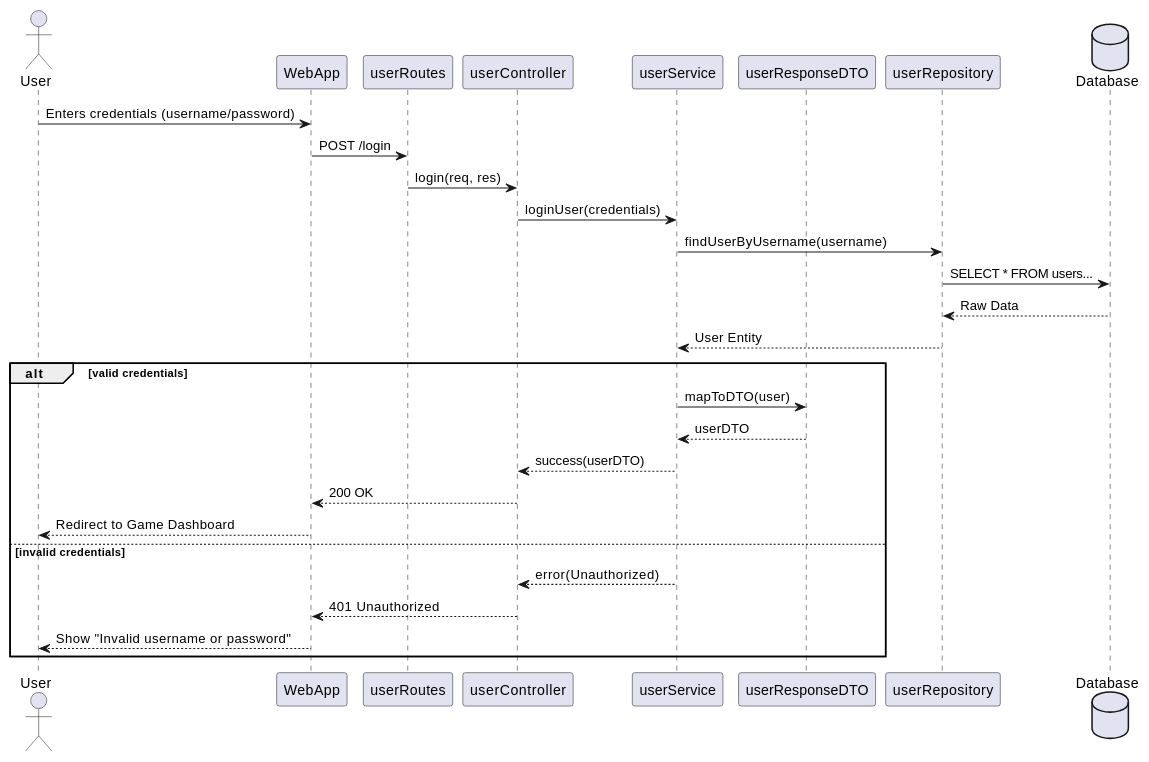
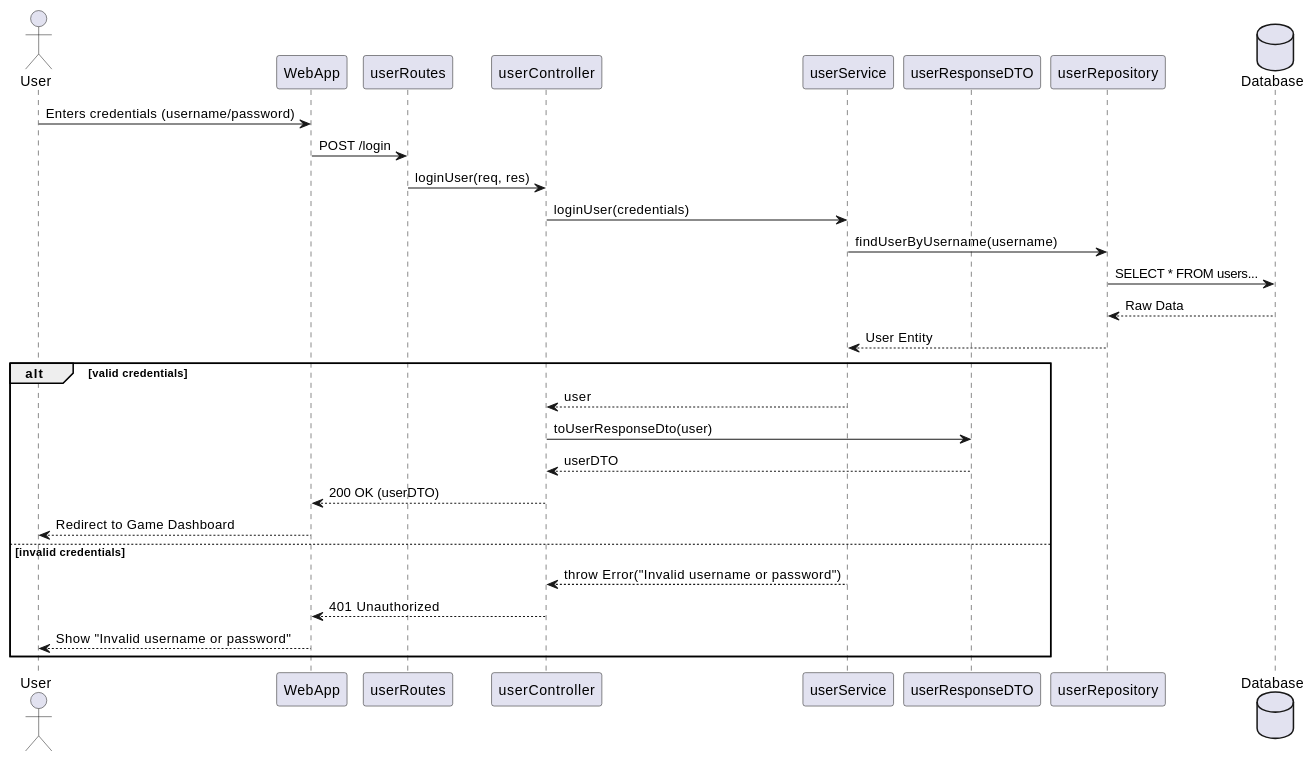
The first of 4 diagrams in docs/src/06_runtime_view.adoc (Arquisoft/yovi_en3b), drawn with PlantUML before and after one commit. The commit also changed other lines of this file, not shown here.

```diff
--- a/docs/src/06_runtime_view.adoc
+++ b/docs/src/06_runtime_view.adoc
@@ -10,35 +10,35 @@
 [plantuml,"Login",png]
 ----
 @startuml
 actor User
 participant WebApp
 participant userRoutes
 participant userController
 participant userService
 participant userResponseDTO
 participant userRepository
 database Database
 
 User -> WebApp: Enters credentials (username/password)
 WebApp -> userRoutes: POST /login
-userRoutes -> userController: login(req, res)
+userRoutes -> userController: loginUser(req, res)
 
 userController -> userService: loginUser(credentials)
 userService -> userRepository: findUserByUsername(username)
 userRepository -> Database: SELECT * FROM users...
 Database --> userRepository: Raw Data
 userRepository --> userService: User Entity
 
 alt valid credentials
-    userService -> userResponseDTO: mapToDTO(user)
-    userResponseDTO --> userService: userDTO
-    userService --> userController: success(userDTO)
-    userController --> WebApp: 200 OK
+    userService --> userController: user
+    userController -> userResponseDTO: toUserResponseDto(user)
+    userResponseDTO --> userController: userDTO
+    userController --> WebApp: 200 OK (userDTO)
     WebApp --> User: Redirect to Game Dashboard
 else invalid credentials
-    userService --> userController: error(Unauthorized)
+    userService --> userController: throw Error("Invalid username or password")
     userController --> WebApp: 401 Unauthorized
     WebApp --> User: Show "Invalid username or password"
 end
 @enduml
 ----
```
